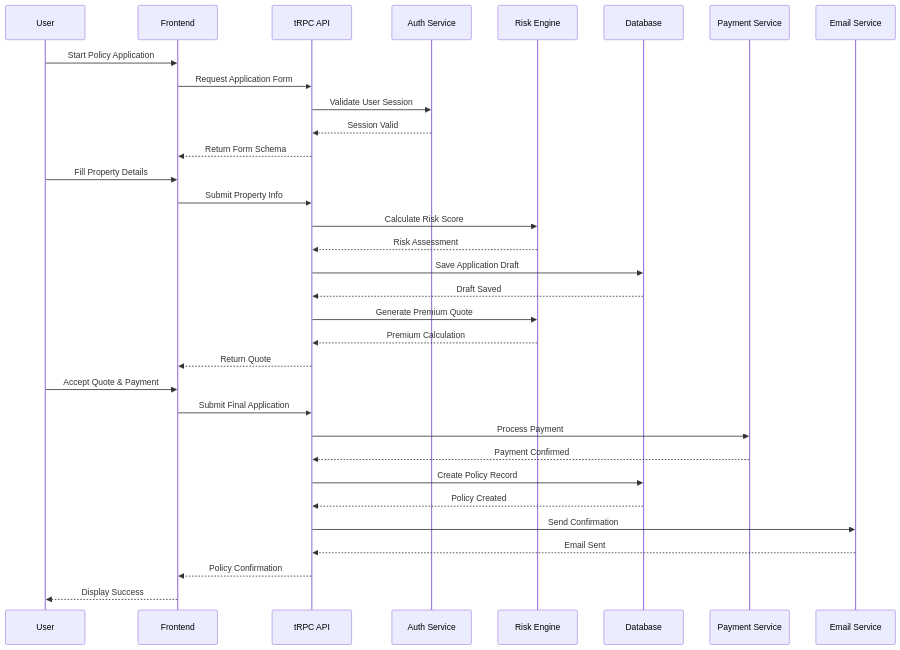
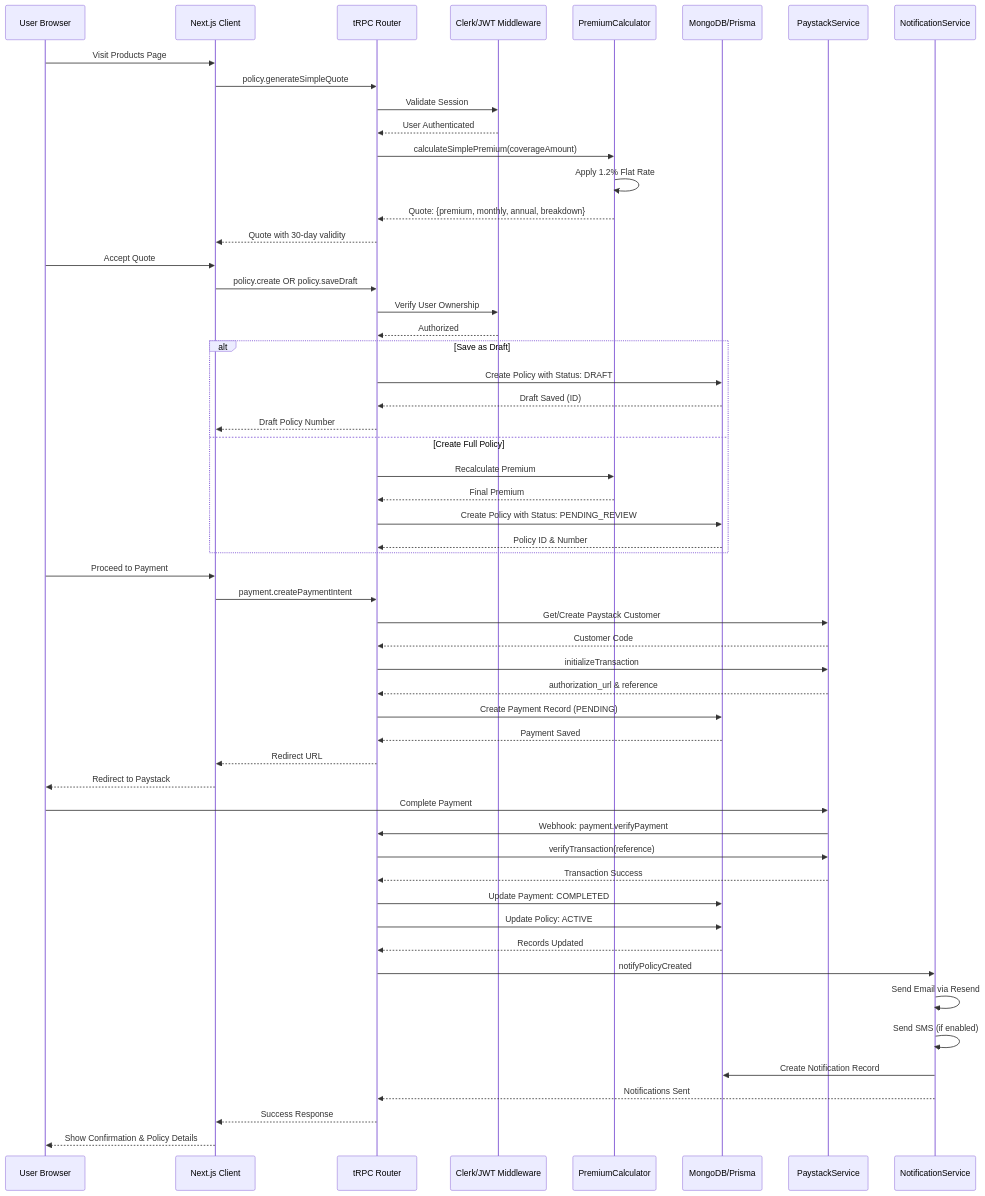
The fifth of 12 diagrams in docs/developer/FLOWCHARTS.md (ytgTonz/lalisure), drawn with Mermaid before and after one commit. The commit also changed other lines of this file and 2 other files, not shown here.

````diff
--- a/docs/developer/FLOWCHARTS.md
+++ b/docs/developer/FLOWCHARTS.md
@@ -198,40 +262,68 @@
 ```mermaid
 sequenceDiagram
-    participant U as User
-    participant UI as Frontend
-    participant API as tRPC API
-    participant Auth as Auth Service
-    participant Risk as Risk Engine
-    participant DB as Database
-    participant Pay as Payment Service
-    participant Email as Email Service
-    
-    U->>UI: Start Policy Application
-    UI->>API: Request Application Form
-    API->>Auth: Validate User Session
-    Auth-->>API: Session Valid
-    API-->>UI: Return Form Schema
-    
-    U->>UI: Fill Property Details
-    UI->>API: Submit Property Info
-    API->>Risk: Calculate Risk Score
-    Risk-->>API: Risk Assessment
-    API->>DB: Save Application Draft
-    DB-->>API: Draft Saved
-    
-    API->>Risk: Generate Premium Quote
-    Risk-->>API: Premium Calculation
-    API-->>UI: Return Quote
-    
-    U->>UI: Accept Quote & Payment
-    UI->>API: Submit Final Application
-    API->>Pay: Process Payment
-    Pay-->>API: Payment Confirmed
-    
-    API->>DB: Create Policy Record
-    DB-->>API: Policy Created
-    API->>Email: Send Confirmation
-    Email-->>API: Email Sent
-    API-->>UI: Policy Confirmation
-    UI-->>U: Display Success
+    participant U as User Browser
+    participant UI as Next.js Client
+    participant tRPC as tRPC Router
+    participant Auth as Clerk/JWT Middleware
+    participant Calc as PremiumCalculator
+    participant DB as MongoDB/Prisma
+    participant PS as PaystackService
+    participant Notif as NotificationService
+
+    U->>UI: Visit Products Page
+    UI->>tRPC: policy.generateSimpleQuote
+    tRPC->>Auth: Validate Session
+    Auth-->>tRPC: User Authenticated
+
+    tRPC->>Calc: calculateSimplePremium(coverageAmount)
+    Calc->>Calc: Apply 1.2% Flat Rate
+    Calc-->>tRPC: Quote: {premium, monthly, annual, breakdown}
+    tRPC-->>UI: Quote with 30-day validity
+
+    U->>UI: Accept Quote
+    UI->>tRPC: policy.create OR policy.saveDraft
+    tRPC->>Auth: Verify User Ownership
+    Auth-->>tRPC: Authorized
+
+    alt Save as Draft
+        tRPC->>DB: Create Policy with Status: DRAFT
+        DB-->>tRPC: Draft Saved (ID)
+        tRPC-->>UI: Draft Policy Number
+    else Create Full Policy
+        tRPC->>Calc: Recalculate Premium
+        Calc-->>tRPC: Final Premium
+        tRPC->>DB: Create Policy with Status: PENDING_REVIEW
+        DB-->>tRPC: Policy ID & Number
+    end
+
+    U->>UI: Proceed to Payment
+    UI->>tRPC: payment.createPaymentIntent
+    tRPC->>PS: Get/Create Paystack Customer
+    PS-->>tRPC: Customer Code
+
+    tRPC->>PS: initializeTransaction
+    PS-->>tRPC: authorization_url & reference
+
+    tRPC->>DB: Create Payment Record (PENDING)
+    DB-->>tRPC: Payment Saved
+    tRPC-->>UI: Redirect URL
+    UI-->>U: Redirect to Paystack
+
+    U->>PS: Complete Payment
+    PS->>tRPC: Webhook: payment.verifyPayment
+    tRPC->>PS: verifyTransaction(reference)
+    PS-->>tRPC: Transaction Success
+
+    tRPC->>DB: Update Payment: COMPLETED
+    tRPC->>DB: Update Policy: ACTIVE
+    DB-->>tRPC: Records Updated
+
+    tRPC->>Notif: notifyPolicyCreated
+    Notif->>Notif: Send Email via Resend
+    Notif->>Notif: Send SMS (if enabled)
+    Notif->>DB: Create Notification Record
+    Notif-->>tRPC: Notifications Sent
+
+    tRPC-->>UI: Success Response
+    UI-->>U: Show Confirmation & Policy Details
 ```
````
